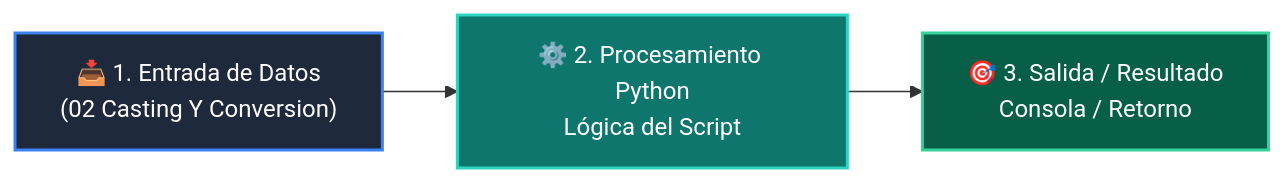
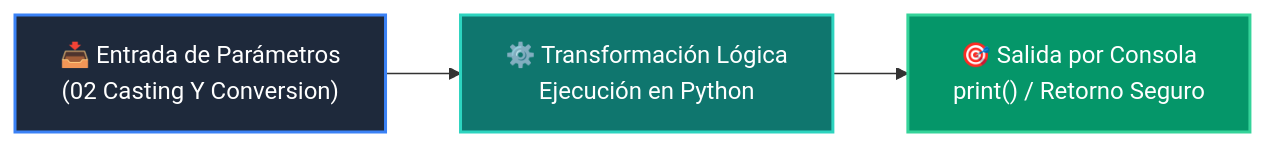
Before and after one commit to wisrovi/wisrovi-python: the diagram in 01-fundamentos-python/clase-02-variables-y-tipos/ejemplos/ejemplo_02_casting_y_conversion/README.md, drawn with Mermaid. The commit also changed other lines of this file and 226 other files, not shown here.

Commit message:
docs: elevate all repository READMEs to world-class mastery standard with rich pedagogical architecture, custom Mermaids, and professional styling

````diff
--- a/01-fundamentos-python/clase-02-variables-y-tipos/ejemplos/ejemplo_02_casting_y_conversion/README.md
+++ b/01-fundamentos-python/clase-02-variables-y-tipos/ejemplos/ejemplo_02_casting_y_conversion/README.md
@@ -12,9 +19,9 @@
 ```mermaid
 flowchart LR
-    A["📥 1. Entrada de Datos<br/>(02 Casting Y Conversion)"] --> B["⚙️ 2. Procesamiento Python<br/>Lógica del Script"]
-    B --> C["🎯 3. Salida / Resultado<br/>Consola / Retorno"]
+    A["📥 Entrada de Parámetros<br/>(02 Casting Y Conversion)"] --> B["⚙️ Transformación Lógica<br/>Ejecución en Python"]
+    B --> C["🎯 Salida por Consola<br/>print() / Retorno Seguro"]
 
-    style A fill:#1e293b,color:#fff,stroke:#3b82f6,stroke-width:2px
-    style B fill:#0f766e,color:#fff,stroke:#2dd4bf,stroke-width:2px
-    style C fill:#065f46,color:#fff,stroke:#34d399,stroke-width:2px
+    style A fill:#1e293b,color:#ffffff,stroke:#3b82f6,stroke-width:2px
+    style B fill:#0f766e,color:#ffffff,stroke:#2dd4bf,stroke-width:2px
+    style C fill:#059669,color:#ffffff,stroke:#34d399,stroke-width:2px
 ```
````
